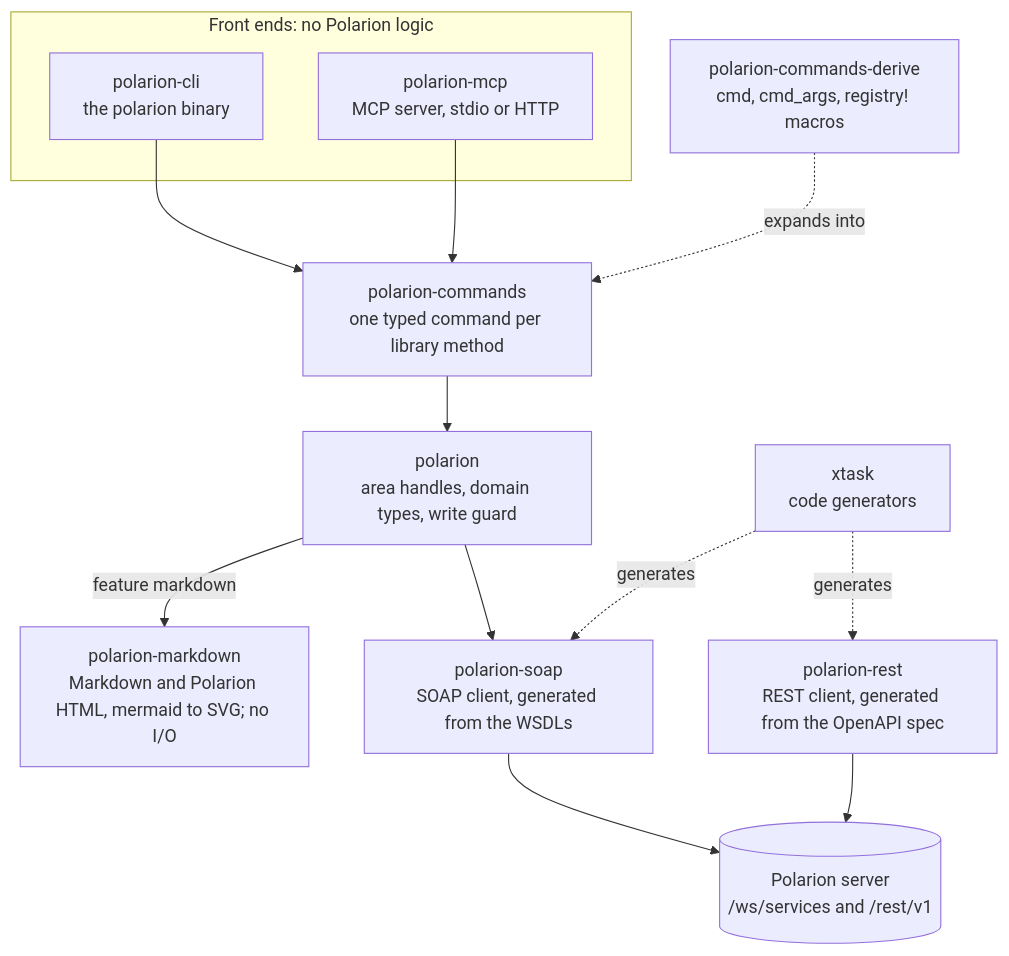
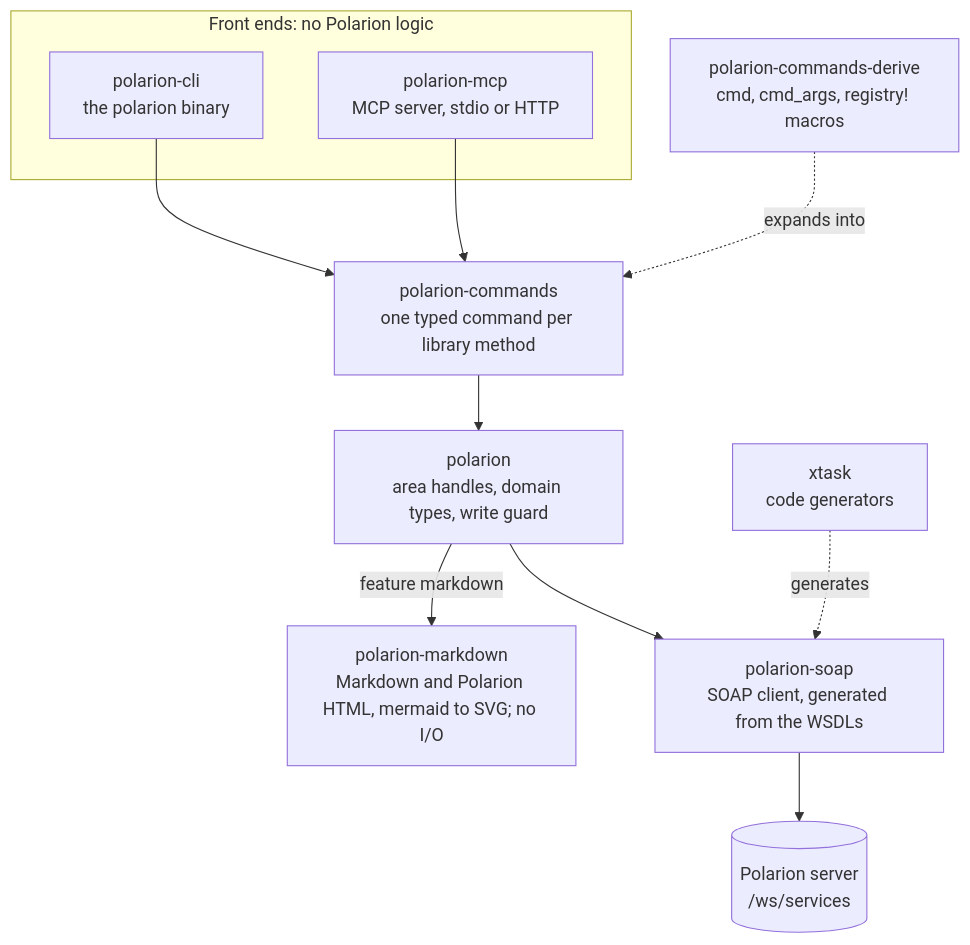
The first of 2 diagrams in docs/architecture.md (KevinGliewe/Polarion-rs), drawn with Mermaid before and after one commit. The commit also changed other lines of this file and 35 other files, not shown here.

First line of the commit message:
Remove polarion-rest, its generator and the OpenAPI spec

````diff
--- a/docs/architecture.md
+++ b/docs/architecture.md
@@ -5,26 +5,23 @@
 ```mermaid
 flowchart TB
     subgraph front["Front ends: no Polarion logic"]
         cli["polarion-cli<br/>the polarion binary"]
         mcp["polarion-mcp<br/>MCP server, stdio or HTTP"]
     end
     commands["polarion-commands<br/>one typed command per library method"]
     derive["polarion-commands-derive<br/>cmd, cmd_args, registry! macros"]
     lib["polarion<br/>area handles, domain types, write guard"]
     md["polarion-markdown<br/>Markdown and Polarion HTML, mermaid to SVG; no I/O"]
     soap["polarion-soap<br/>SOAP client, generated from the WSDLs"]
-    rest["polarion-rest<br/>REST client, generated from the OpenAPI spec"]
     xtask["xtask<br/>code generators"]
-    server[("Polarion server<br/>/ws/services and /rest/v1")]
+    server[("Polarion server<br/>/ws/services")]
 
     cli --> commands
     mcp --> commands
     derive -. "expands into" .-> commands
     commands --> lib
     lib --> soap
     lib -- "feature markdown" --> md
     soap --> server
-    rest --> server
     xtask -. "generates" .-> soap
-    xtask -. "generates" .-> rest
 ```
````
